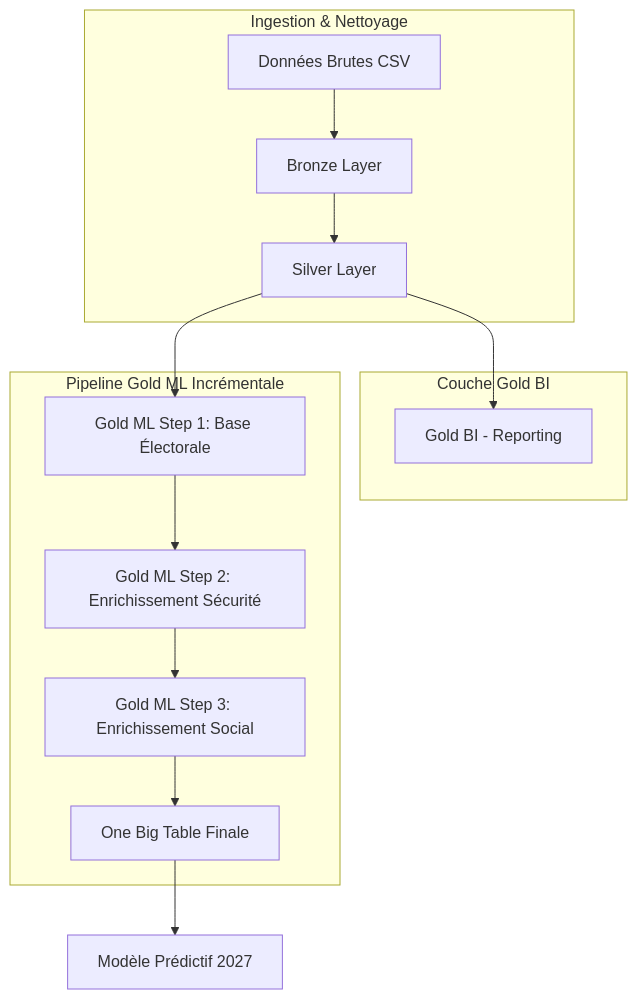
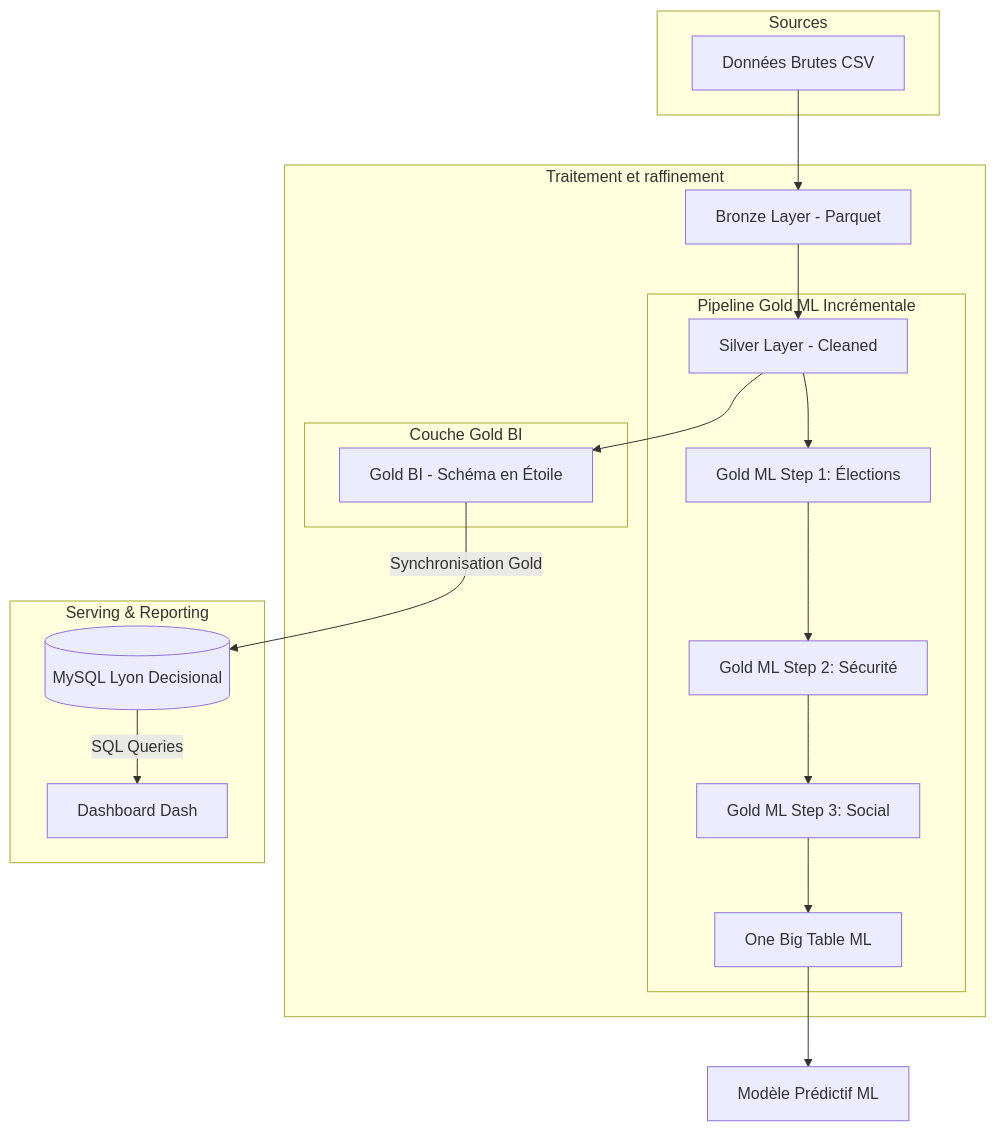
Before and after one commit to Datai-Forge/datai-forge: the diagram in docs/architecture.md, drawn with Mermaid. The commit also changed 8 other files, not shown here.

````diff
--- a/docs/architecture.md
+++ b/docs/architecture.md
@@ -46,20 +46,29 @@
 ```mermaid
 graph TD
-    subgraph "Ingestion & Nettoyage"
-        RAW[Données Brutes CSV] --> B[Bronze Layer]
-        B --> S[Silver Layer]
+    subgraph "Sources"
+        RAW[Données Brutes CSV]
     end
 
-    subgraph "Couche Gold BI"
-        S --> G_BI[Gold BI - Reporting]
+    subgraph "Traitement et raffinement "
+        RAW --> B[Bronze Layer - Parquet]
+        B --> S[Silver Layer - Cleaned]
+
+        subgraph "Pipeline Gold ML Incrémentale"
+            S --> G1[Gold ML Step 1: Élections]
+            G1 --> G2[Gold ML Step 2: Sécurité]
+            G2 --> G3[Gold ML Step 3: Social]
+            G3 --> OBT[One Big Table ML]
+        end
+
+        subgraph "Couche Gold BI"
+            S --> G_BI[Gold BI - Schéma en Étoile]
+        end
     end
 
-    subgraph "Pipeline Gold ML Incrémentale"
-        S --> G1[Gold ML Step 1: Base Électorale]
-        G1 --> G2[Gold ML Step 2: Enrichissement Sécurité]
-        G2 --> G3[Gold ML Step 3: Enrichissement Social]
-        G3 --> OBT[One Big Table Finale]
+    subgraph "Serving & Reporting"
+        G_BI -- "Synchronisation Gold" --> DB[(MySQL Lyon Decisional)]
+        DB -- "SQL Queries" --> DASH[Dashboard Dash]
     end
 
-    OBT --> MODEL[Modèle Prédictif 2027]
+    OBT --> MODEL[Modèle Prédictif ML]
 ```
````
